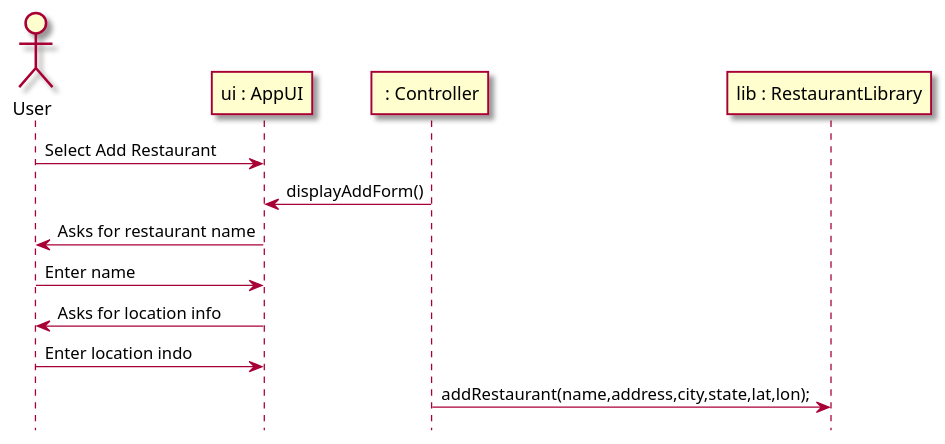
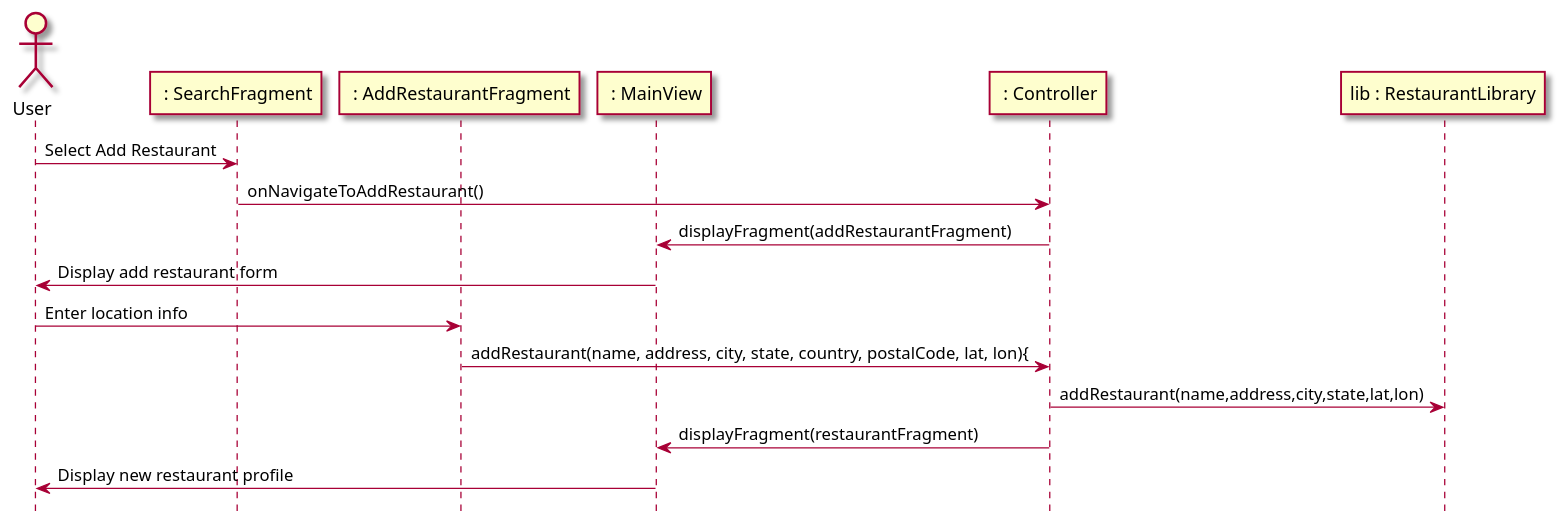
One commit to tanwasp/LunchBox-Android changed the third of 4 diagrams in intellij/doc/design.md. Above: the diagram before and after it, drawn with PlantUML. The commit also changed other lines of this file and 1 other file, not shown here.

Commit message:
Finish sequence diagrams

````diff
--- a/intellij/doc/design.md
+++ b/intellij/doc/design.md
@@ -65,20 +70,24 @@
 ```plantuml
 @startuml
 hide footbox
 skin rose
 
 actor User as user
-participant "ui : AppUI" as ui
+participant " : SearchFragment" as searchFrag
+participant " : AddRestaurantFragment" as addRestFrag
+participant " : MainView" as mainView
 participant " : Controller" as controller
 participant "lib : RestaurantLibrary" as lib
 
-user -> ui : Select Add Restaurant
-controller -> ui : displayAddForm()
-ui -> user : Asks for restaurant name
-user -> ui : Enter name
-ui -> user : Asks for location info
-user -> ui : Enter location indo
-controller -> lib : addRestaurant(name,address,city,state,lat,lon);
+user -> searchFrag : Select Add Restaurant
+searchFrag -> controller : onNavigateToAddRestaurant()
+controller -> mainView : displayFragment(addRestaurantFragment)
+mainView -> user : Display add restaurant form
+user -> addRestFrag : Enter location info
+addRestFrag -> controller : addRestaurant(name, address, city, state, country, postalCode, lat, lon){
+controller -> lib : addRestaurant(name,address,city,state,lat,lon)
+controller -> mainView : displayFragment(restaurantFragment)
+mainView -> user : Display new restaurant profile
 
 @enduml
 ```
````
